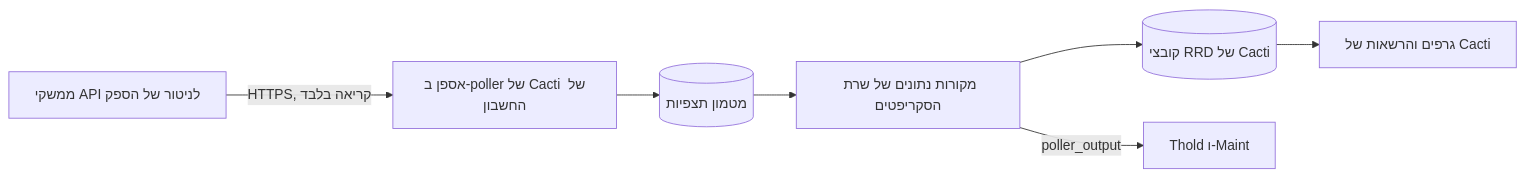
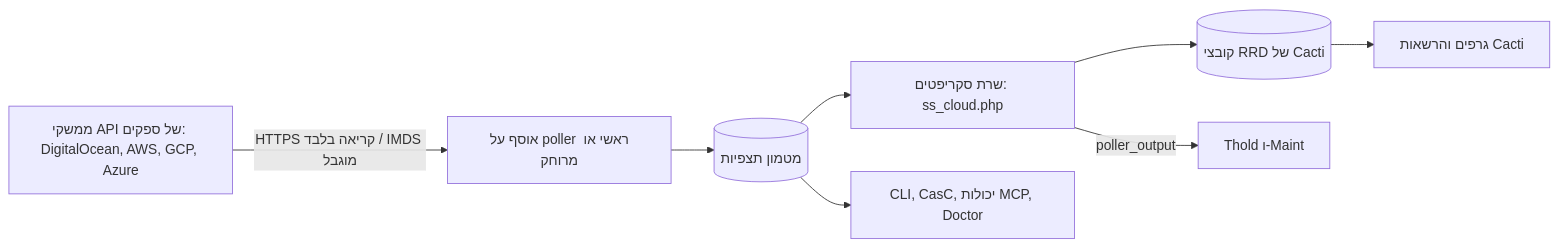
The diagram in docs/i18n/he-IL/README.md (somethingwithproof/plugin_cloud), drawn with Mermaid before and after one commit. The commit also changed other lines of this file and 48 other files, not shown here.

First line of the commit message:
docs(readme): document AWS, GCP, Azure drivers, remote collectors, and ecosystem hooks

````diff
--- a/docs/i18n/he-IL/README.md
+++ b/docs/i18n/he-IL/README.md
@@ -100,9 +148,10 @@
 ```mermaid
 flowchart LR
-    API["ממשקי API לניטור של הספק"] -->|HTTPS, קריאה בלבד| C["אספן ב-poller של Cacti של החשבון"]
-    C --> O[("מטמון תצפיות")]
-    O --> SS["מקורות נתונים של שרת הסקריפטים"]
-    SS --> RRD[("קובצי RRD של Cacti")]
-    SS -->|poller_output| T["Thold ו-Maint"]
-    RRD --> G["גרפים והרשאות של Cacti"]
+    API[ממשקי API של ספקים: DigitalOcean, AWS, GCP, Azure] -->|HTTPS קריאה בלבד / IMDS מוגבל| C[אוסף על poller ראשי או מרוחק]
+    C --> O[(מטמון תצפיות)]
+    O --> SS[שרת סקריפטים: ss_cloud.php]
+    SS --> RRD[(קובצי RRD של Cacti)]
+    SS -->|poller_output| T[Thold ו-Maint]
+    RRD --> G[גרפים והרשאות Cacti]
+    O --> ECO[CLI, CasC, יכולות MCP, Doctor]
 ```
````
